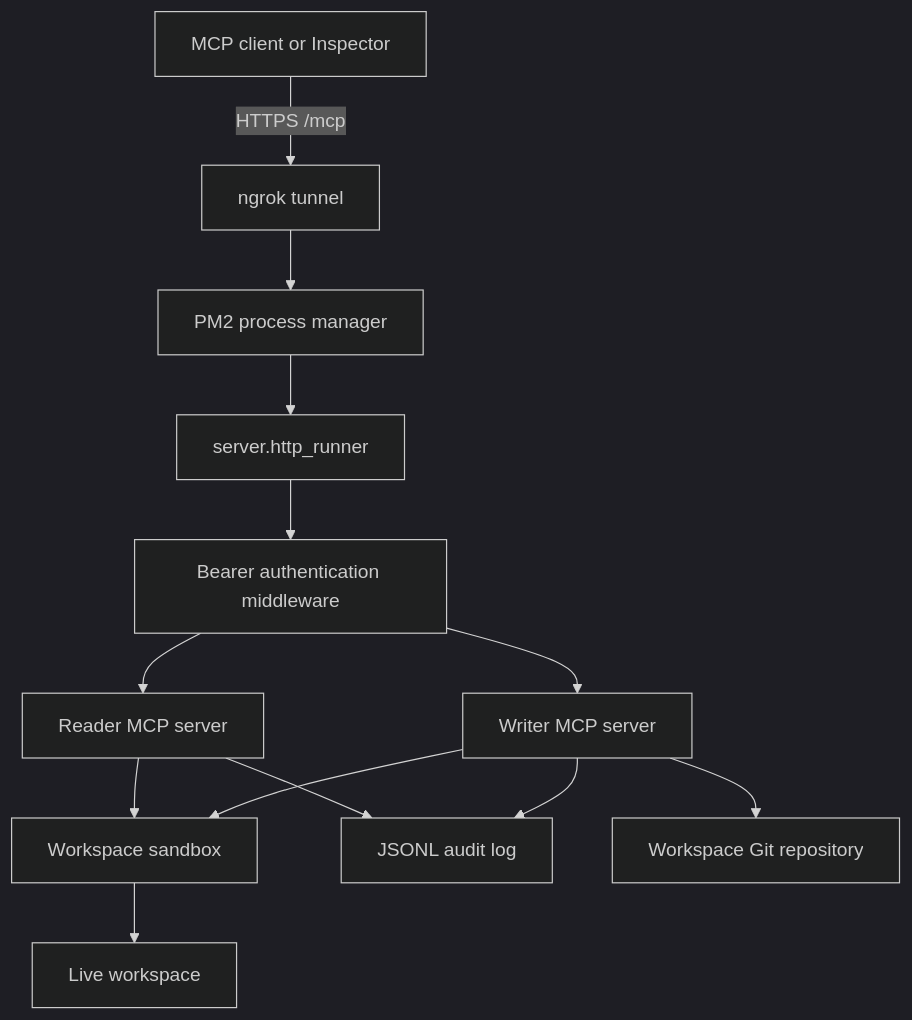
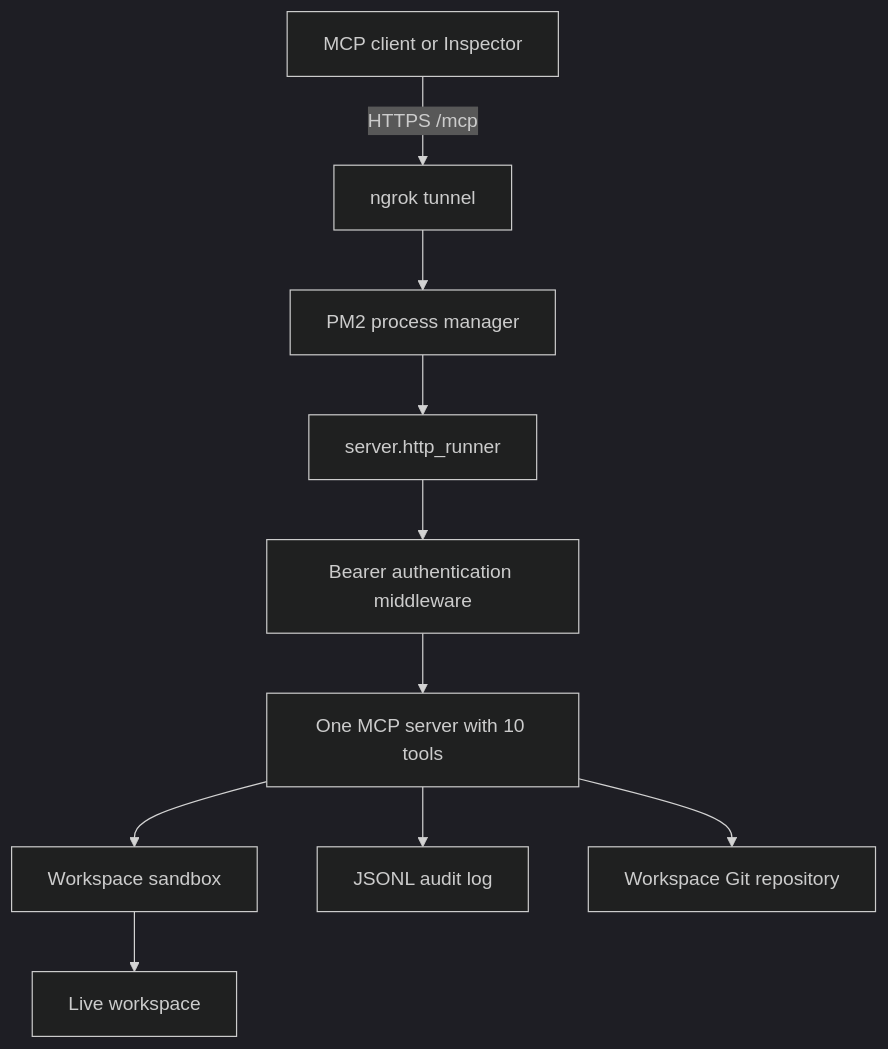
The diagram in docs/ARCHITECTURE.md (A-Sabel/mcp-shared-workspace), drawn with Mermaid (dark theme) before and after one commit. The commit also changed other lines of this file and 35 other files, not shown here.

````diff
--- a/docs/ARCHITECTURE.md
+++ b/docs/ARCHITECTURE.md
@@ -5,15 +5,12 @@
 ```mermaid
 flowchart TD
     Client[MCP client or Inspector] -->|HTTPS /mcp| Ngrok[ngrok tunnel]
     Ngrok --> PM2[PM2 process manager]
     PM2 --> HTTP[server.http_runner]
     HTTP --> Auth[Bearer authentication middleware]
-    Auth --> Reader[Reader MCP server]
-    Auth --> Writer[Writer MCP server]
-    Reader --> Sandbox[Workspace sandbox]
-    Writer --> Sandbox
+    Auth --> MCP[One MCP server with 10 tools]
+    MCP --> Sandbox[Workspace sandbox]
     Sandbox --> Files[Live workspace]
-    Reader --> Audit[JSONL audit log]
-    Writer --> Audit
-    Writer --> Git[Workspace Git repository]
+    MCP --> Audit[JSONL audit log]
+    MCP --> Git[Workspace Git repository]
 ```
````
